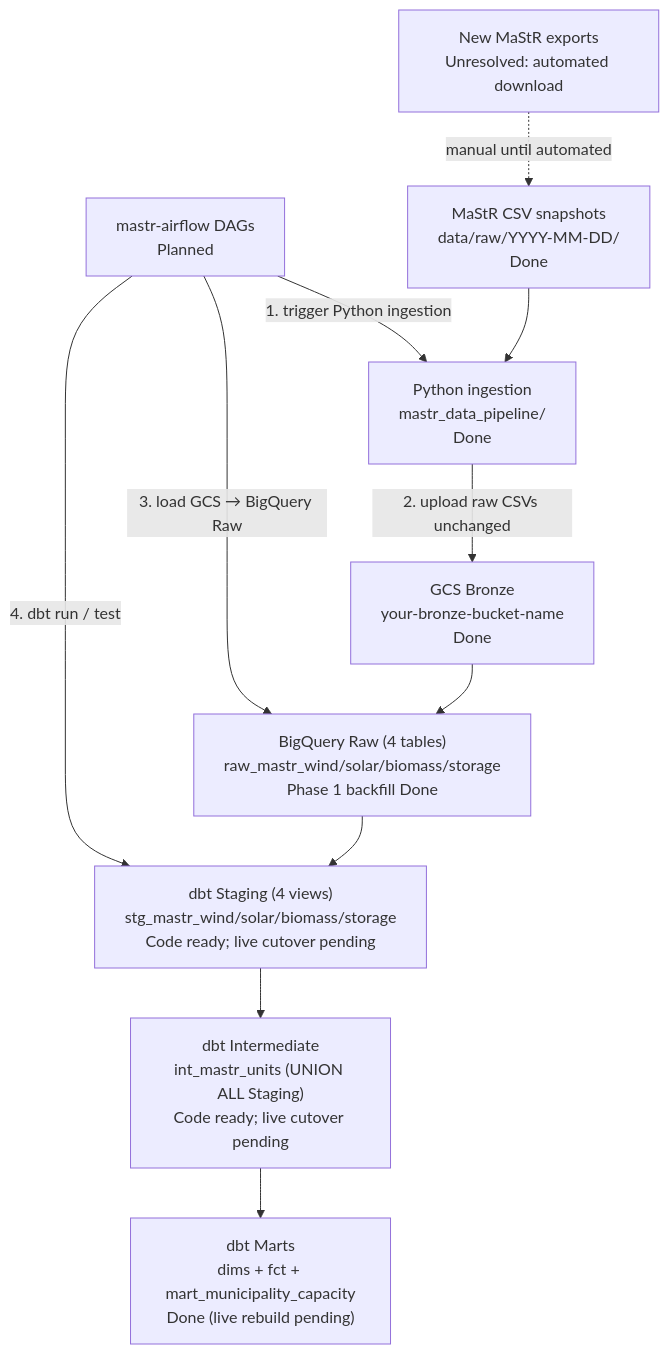
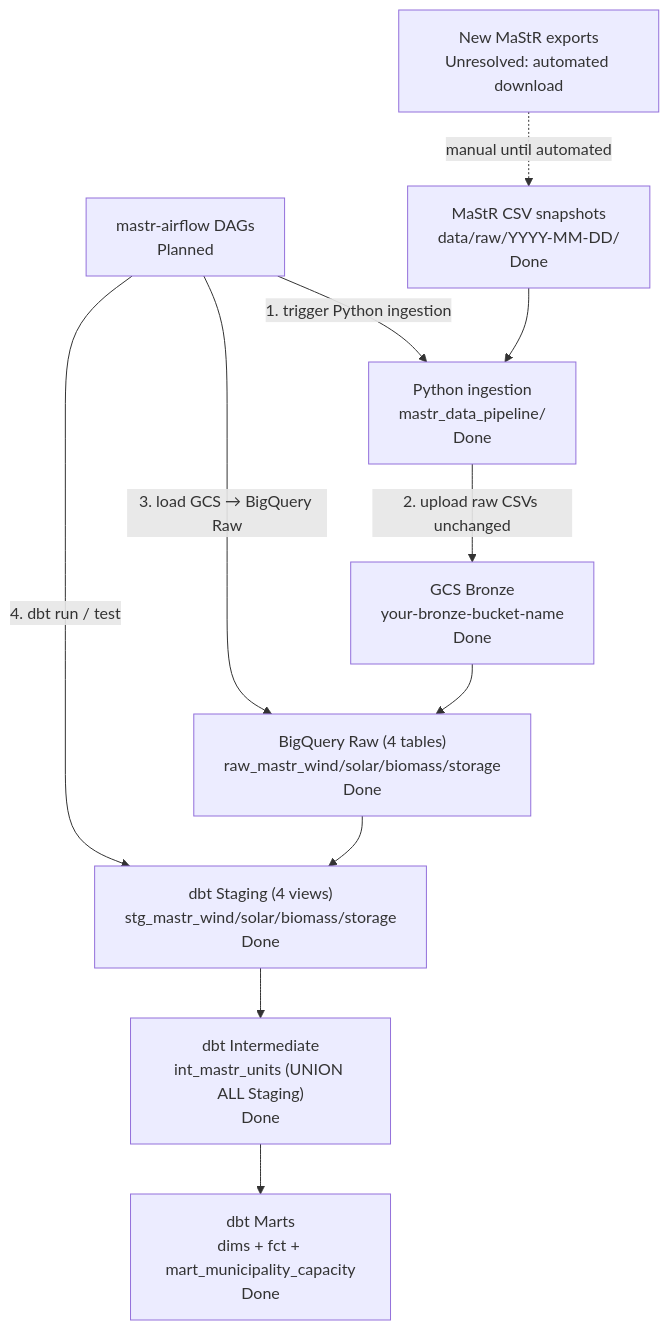
Before and after one commit to anyarlene/mastr-project: the diagram in docs/architecture.md, drawn with Mermaid. The commit also changed other lines of this file and 19 other files, not shown here.

````diff
--- a/docs/architecture.md
+++ b/docs/architecture.md
@@ -32,27 +32,27 @@
 ```mermaid
 flowchart TB
   DL["New MaStR exports<br/>Unresolved: automated download"]
   CSV["MaStR CSV snapshots<br/>data/raw/YYYY-MM-DD/<br/>Done"]
 
   AF["mastr-airflow DAGs<br/>Planned"]
 
   PY["Python ingestion<br/>mastr_data_pipeline/<br/>Done"]
   GCS["GCS Bronze<br/>your-bronze-bucket-name<br/>Done"]
 
-  BQRaw["BigQuery Raw (4 tables)<br/>raw_mastr_wind/solar/biomass/storage<br/>Phase 1 backfill Done"]
+  BQRaw["BigQuery Raw (4 tables)<br/>raw_mastr_wind/solar/biomass/storage<br/>Done"]
 
-  STG["dbt Staging (4 views)<br/>stg_mastr_wind/solar/biomass/storage<br/>Code ready; live cutover pending"]
-  INT["dbt Intermediate<br/>int_mastr_units (UNION ALL Staging)<br/>Code ready; live cutover pending"]
-  MART["dbt Marts<br/>dims + fct + mart_municipality_capacity<br/>Done (live rebuild pending)"]
+  STG["dbt Staging (4 views)<br/>stg_mastr_wind/solar/biomass/storage<br/>Done"]
+  INT["dbt Intermediate<br/>int_mastr_units (UNION ALL Staging)<br/>Done"]
+  MART["dbt Marts<br/>dims + fct + mart_municipality_capacity<br/>Done"]
 
   DL -.->|"manual until automated"| CSV
   AF -->|"1. trigger Python ingestion"| PY
   CSV --> PY
   PY -->|"2. upload raw CSVs unchanged"| GCS
   AF -->|"3. load GCS → BigQuery Raw"| BQRaw
   GCS --> BQRaw
   AF -->|"4. dbt run / test"| STG
   BQRaw --> STG
   STG --> INT
   INT --> MART
 ```
````
